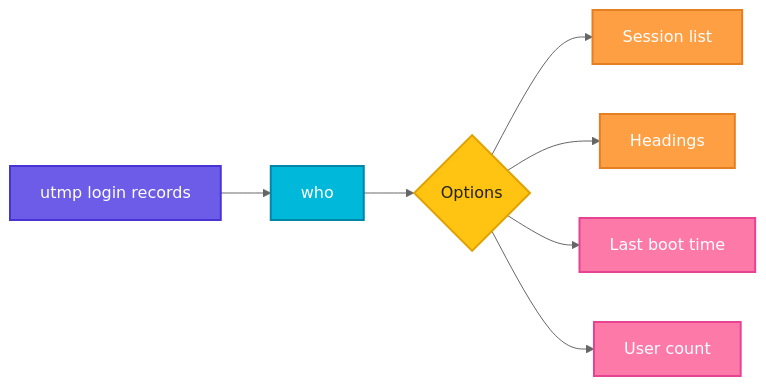
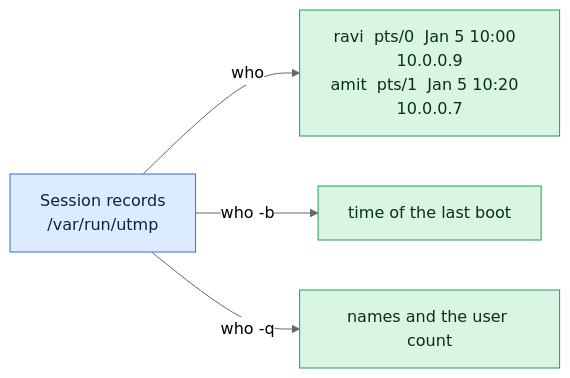
Before and after one commit to codeKerdosTech/DevOps-Documentation: the diagram in linux/user-management/who.md, drawn with Mermaid (neutral theme). The commit also changed other lines of this file and 165 other files, not shown here.

Commit message:
updated diagrams in linux

````diff
--- a/linux/user-management/who.md
+++ b/linux/user-management/who.md
@@ -15,21 +15,13 @@
 ```mermaid
 flowchart LR
-    A[utmp login records] --> B[who]
-    B --> C{Options}
-    C --> D[Session list]
-    C --> E[Headings]
-    C --> F[Last boot time]
-    C --> G[User count]
-    classDef start fill:#6C5CE7,stroke:#4834D4,stroke-width:2px,color:#fff
-    classDef proc fill:#00B8D9,stroke:#0087A8,stroke-width:2px,color:#fff
-    classDef dec fill:#FFC312,stroke:#E1A100,stroke-width:2px,color:#222
-    classDef ok fill:#2ECC71,stroke:#1E8449,stroke-width:2px,color:#fff
-    classDef err fill:#FF4757,stroke:#C0392B,stroke-width:2px,color:#fff
-    classDef out fill:#FD79A8,stroke:#E84393,stroke-width:2px,color:#fff
-    classDef alt fill:#FF9F43,stroke:#E67E22,stroke-width:2px,color:#fff
-    class A start
-    class B proc
-    class C dec
-    class D,E alt
-    class F,G out
+    i1[Session records<br/>/var/run/utmp] -->|who| o1[ravi  pts/0  Jan 5 10:00  10.0.0.9<br/>amit  pts/1  Jan 5 10:20  10.0.0.7]
+    i1 -->|who -b| o2[time of the last boot]
+    i1 -->|who -q| o3[names and the user count]
+    classDef inp fill:#DCEBFF,stroke:#2F6FDE,color:#10213F
+    classDef cmd fill:#FFF0C2,stroke:#C98A00,color:#3A2A00
+    classDef out fill:#D9F5E3,stroke:#1F9D55,color:#0B2E1A
+    classDef bad fill:#FDE0E0,stroke:#D13B3B,color:#4A0F0F
+    classDef note fill:#ECEFF3,stroke:#7B8794,color:#1F2933
+    class i1 inp
+    class o1,o2,o3 out
 ```
````
